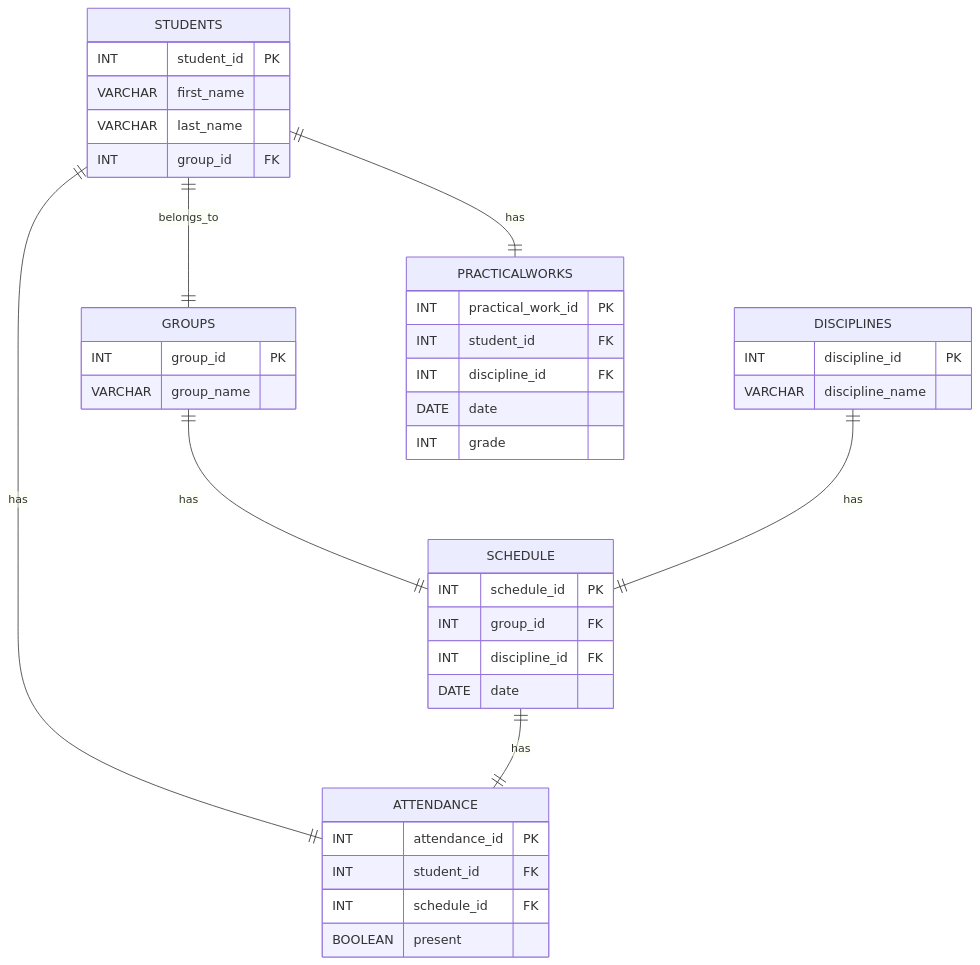
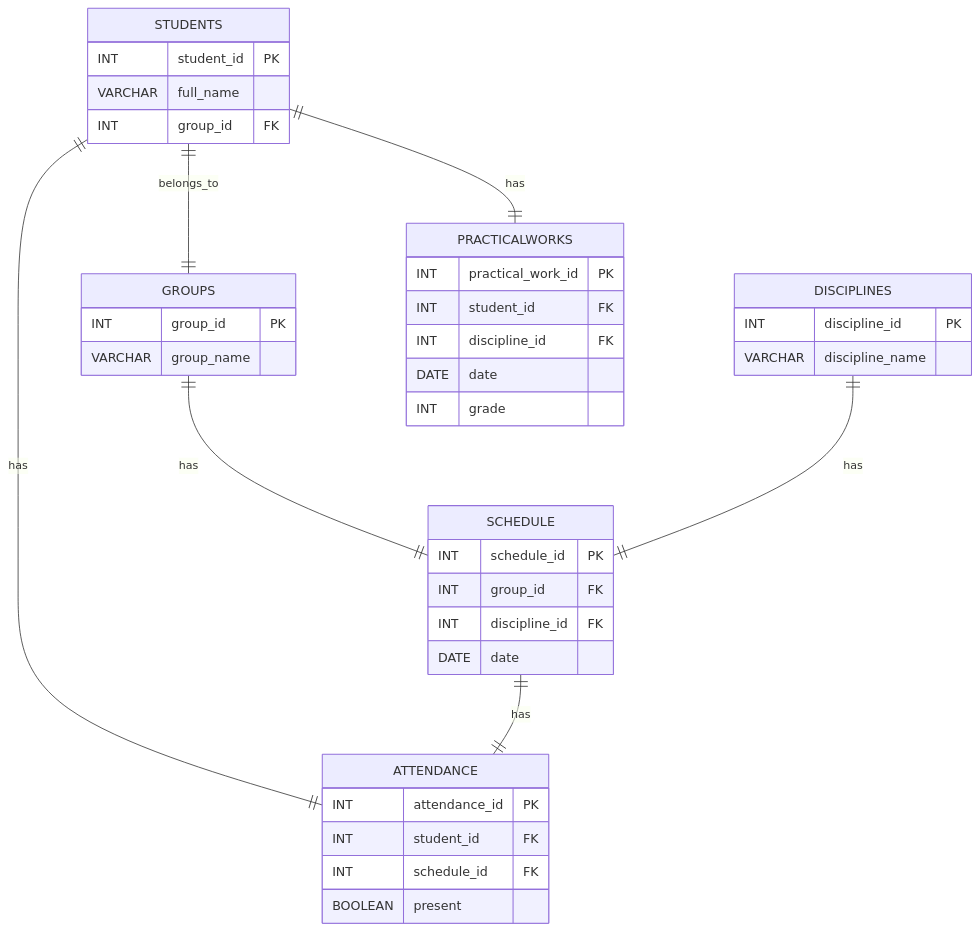
One commit to rakhmanov-aybulat/studenthub changed the diagram in README.md. Above: the diagram before and after it, drawn with Mermaid.

Commit message:
docs: change db schema

````diff
--- a/README.md
+++ b/README.md
@@ -7,48 +7,47 @@
 ```mermaid
 erDiagram
     STUDENTS {
         INT student_id PK
-        VARCHAR first_name
-        VARCHAR last_name
+        VARCHAR full_name
         INT group_id FK
     }
 
     GROUPS {
         INT group_id PK
         VARCHAR group_name
     }
 
     DISCIPLINES {
         INT discipline_id PK
         VARCHAR discipline_name
     }
 
     SCHEDULE {
         INT schedule_id PK
         INT group_id FK
         INT discipline_id FK
         DATE date
     }
 
     ATTENDANCE {
         INT attendance_id PK
         INT student_id FK
         INT schedule_id FK
         BOOLEAN present
     }
 
     PRACTICALWORKS {
         INT practical_work_id PK
         INT student_id FK
         INT discipline_id FK
         DATE date
         INT grade
     }
 
     STUDENTS ||--|| GROUPS : belongs_to
     STUDENTS ||--|| ATTENDANCE : has
     STUDENTS ||--|| PRACTICALWORKS : has
     GROUPS ||--|| SCHEDULE : has
     DISCIPLINES ||--|| SCHEDULE : has
     SCHEDULE ||--|| ATTENDANCE : has
 ```
````
